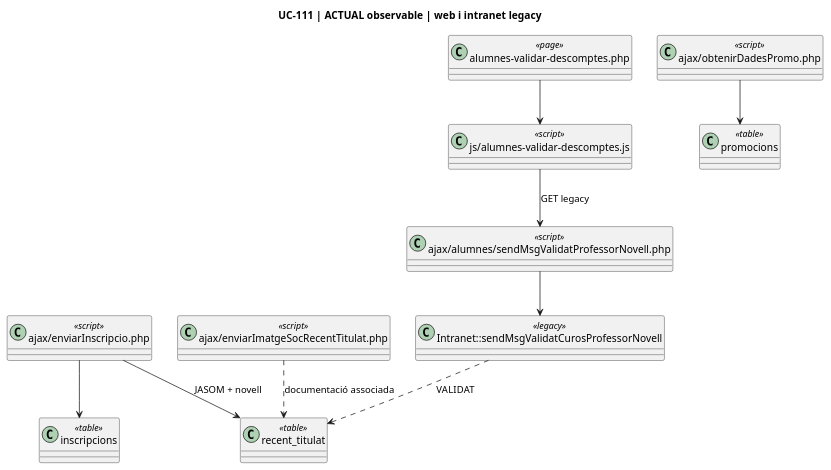
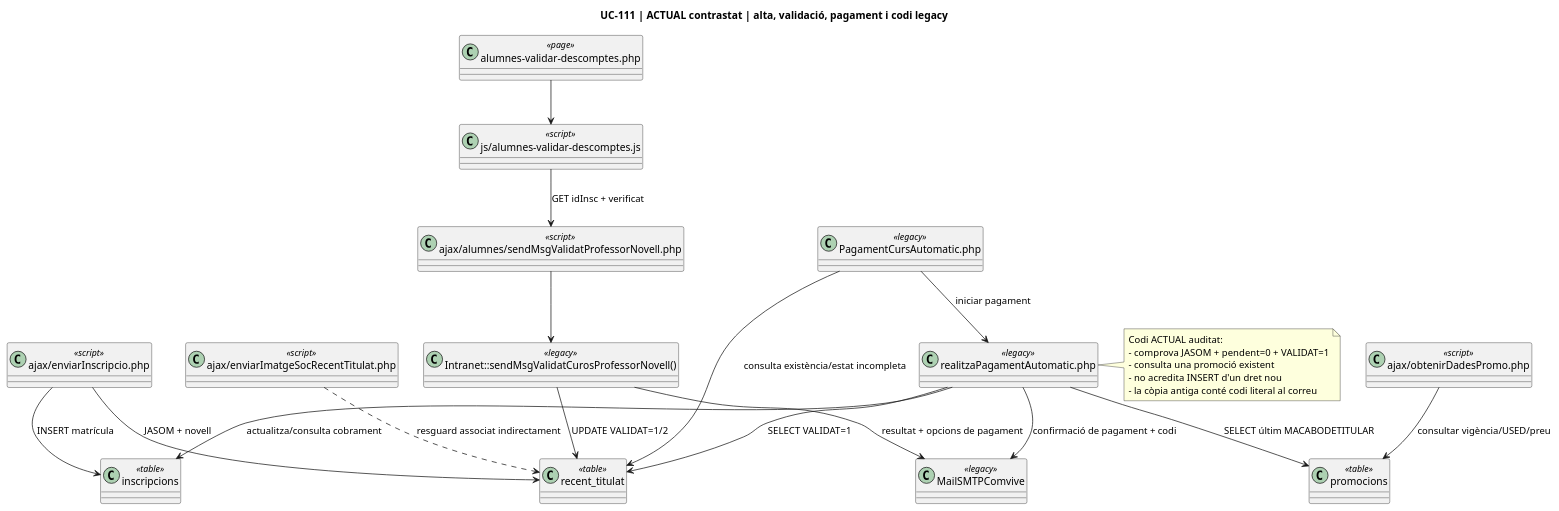
One commit to orgmeriemprismacat-del/verifactu changed the first of 4 diagrams in documentacio/07-uml-integrat/uc-111-classes-actual-final.md. Above: the diagram before and after it, drawn with PlantUML. The commit also changed other lines of this file, not shown here.

Commit message:
UC-111 correct ACTUAL and FINAL class diagrams

````diff
--- a/documentacio/07-uml-integrat/uc-111-classes-actual-final.md
+++ b/documentacio/07-uml-integrat/uc-111-classes-actual-final.md
@@ -9,24 +9,43 @@
 ```plantuml
 @startuml
-title UC-111 | ACTUAL observable | web i intranet legacy
+title UC-111 | ACTUAL contrastat | alta, validació, pagament i codi legacy
 class "ajax/enviarInscripcio.php" as EnviarInscripcio <<script>>
 class "ajax/enviarImatgeSocRecentTitulat.php" as UploadEvidence <<script>>
 class "alumnes-validar-descomptes.php" as Screen <<page>>
 class "js/alumnes-validar-descomptes.js" as Js <<script>>
 class "ajax/alumnes/sendMsgValidatProfessorNovell.php" as DecisionEndpoint <<script>>
-class "Intranet::sendMsgValidatCurosProfessorNovell" as IntranetMethod <<legacy>>
+class "Intranet::sendMsgValidatCurosProfessorNovell()" as IntranetMethod <<legacy>>
+class "PagamentCursAutomatic.php" as PaymentView <<legacy>>
+class "realitzaPagamentAutomatic.php" as PaymentHandler <<legacy>>
 class "ajax/obtenirDadesPromo.php" as PromoQuery <<script>>
+class MailSMTPComvive <<legacy>>
+class inscripcions <<table>>
 class recent_titulat <<table>>
 class promocions <<table>>
-class inscripcions <<table>>
 
-EnviarInscripcio --> inscripcions
+EnviarInscripcio --> inscripcions : INSERT matrícula
 EnviarInscripcio --> recent_titulat : JASOM + novell
-UploadEvidence ..> recent_titulat : documentació associada
+UploadEvidence ..> recent_titulat : resguard associat indirectament
 Screen --> Js
-Js --> DecisionEndpoint : GET legacy
+Js --> DecisionEndpoint : GET idInsc + verificat
 DecisionEndpoint --> IntranetMethod
-IntranetMethod ..> recent_titulat : VALIDAT
-PromoQuery --> promocions
+IntranetMethod --> recent_titulat : UPDATE VALIDAT=1/2
+IntranetMethod --> MailSMTPComvive : resultat + opcions de pagament
+
+PaymentView --> recent_titulat : consulta existència/estat incompleta
+PaymentView --> PaymentHandler : iniciar pagament
+PaymentHandler --> inscripcions : actualitza/consulta cobrament
+PaymentHandler --> recent_titulat : SELECT VALIDAT=1
+PaymentHandler --> promocions : SELECT últim MACABODETITULAR
+PaymentHandler --> MailSMTPComvive : confirmació de pagament + codi
+PromoQuery --> promocions : consultar vigència/USED/preu
+
+note right of PaymentHandler
+  Codi ACTUAL auditat:
+  - comprova JASOM + pendent=0 + VALIDAT=1
+  - consulta una promoció existent
+  - no acredita INSERT d'un dret nou
+  - la còpia antiga conté codi literal al correu
+end note
 @enduml
 ```
````
